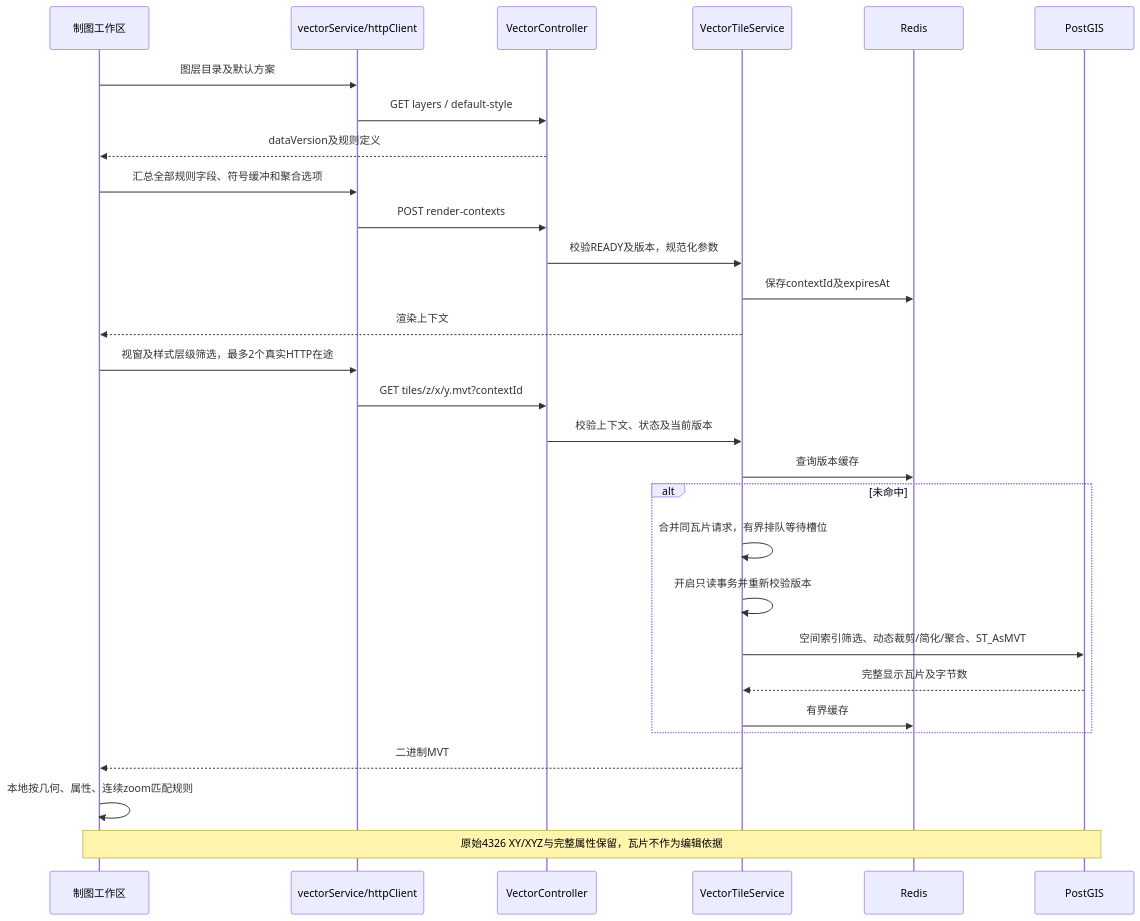
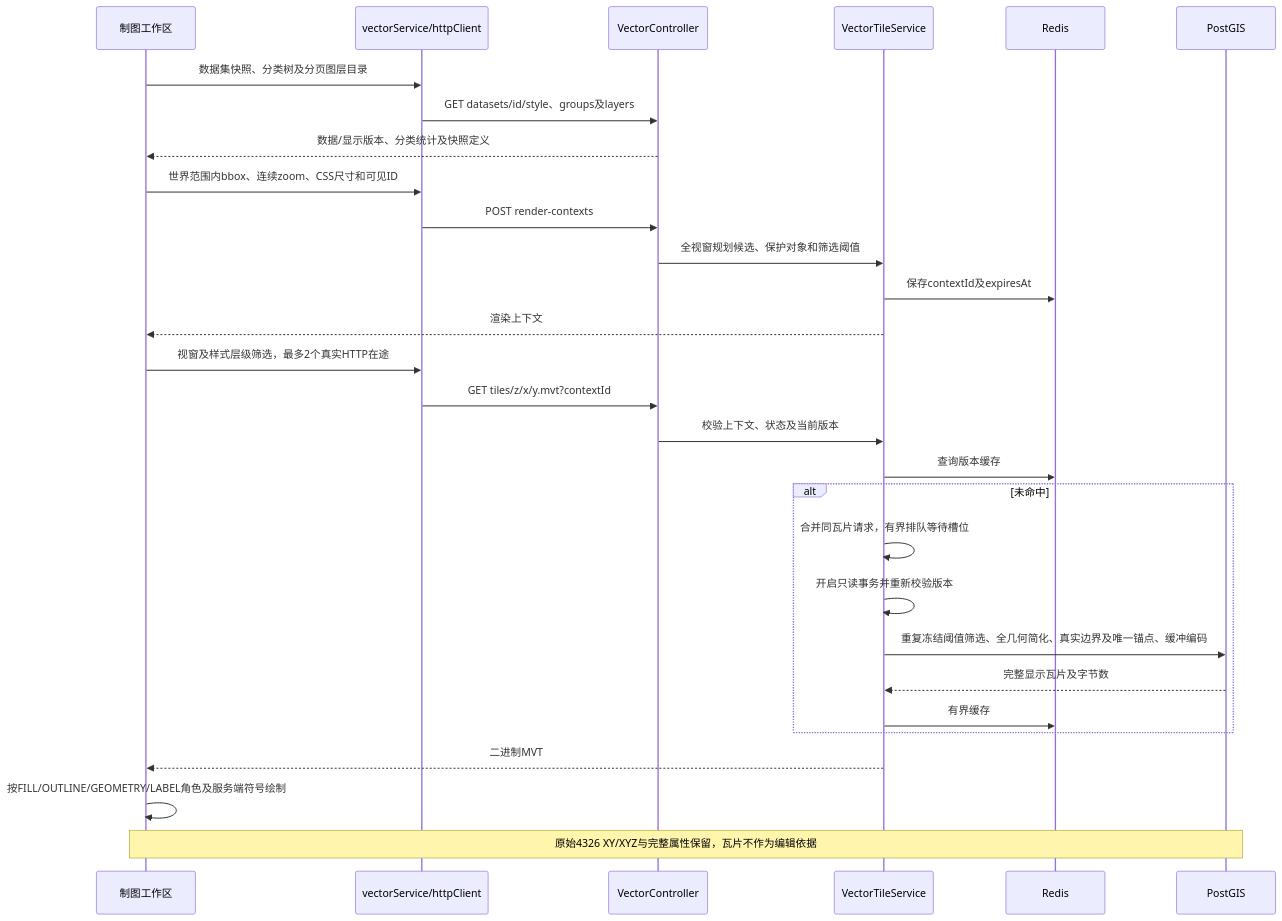
The second of 3 diagrams in docs/ARCHITECTURE 架构说明.md (ch-dpf/Ocean_Admin_Service), drawn with Mermaid before and after one commit. The commit also changed other lines of this file and 11 other files, not shown here.

````diff
--- a/docs/ARCHITECTURE 架构说明.md
+++ b/docs/ARCHITECTURE 架构说明.md
@@ -79,31 +82,31 @@
 ```mermaid
 sequenceDiagram
   participant UI as 制图工作区
   participant HTTP as vectorService/httpClient
   participant API as VectorController
   participant Tile as VectorTileService
   participant Redis
   participant DB as PostGIS
-  UI->>HTTP: 图层目录及默认方案
-  HTTP->>API: GET layers / default-style
-  API-->>UI: dataVersion及规则定义
-  UI->>HTTP: 汇总全部规则字段、符号缓冲和聚合选项
+  UI->>HTTP: 数据集快照、分类树及分页图层目录
+  HTTP->>API: GET datasets/id/style、groups及layers
+  API-->>UI: 数据/显示版本、分类统计及快照定义
+  UI->>HTTP: 世界范围内bbox、连续zoom、CSS尺寸和可见ID
   HTTP->>API: POST render-contexts
-  API->>Tile: 校验READY及版本，规范化参数
+  API->>Tile: 全视窗规划候选、保护对象和筛选阈值
   Tile->>Redis: 保存contextId及expiresAt
   Tile-->>UI: 渲染上下文
   UI->>HTTP: 视窗及样式层级筛选，最多2个真实HTTP在途
   HTTP->>API: GET tiles/z/x/y.mvt?contextId
   API->>Tile: 校验上下文、状态及当前版本
   Tile->>Redis: 查询版本缓存
   alt 未命中
     Tile->>Tile: 合并同瓦片请求，有界排队等待槽位
     Tile->>Tile: 开启只读事务并重新校验版本
-    Tile->>DB: 空间索引筛选、动态裁剪/简化/聚合、ST_AsMVT
+    Tile->>DB: 重复冻结阈值筛选、全几何简化、真实边界及唯一锚点、缓冲编码
     DB-->>Tile: 完整显示瓦片及字节数
     Tile->>Redis: 有界缓存
   end
   Tile-->>UI: 二进制MVT
-  UI->>UI: 本地按几何、属性、连续zoom匹配规则
+  UI->>UI: 按FILL/OUTLINE/GEOMETRY/LABEL角色及服务端符号绘制
   Note over UI,DB: 原始4326 XY/XYZ与完整属性保留，瓦片不作为编辑依据
 ```
````
